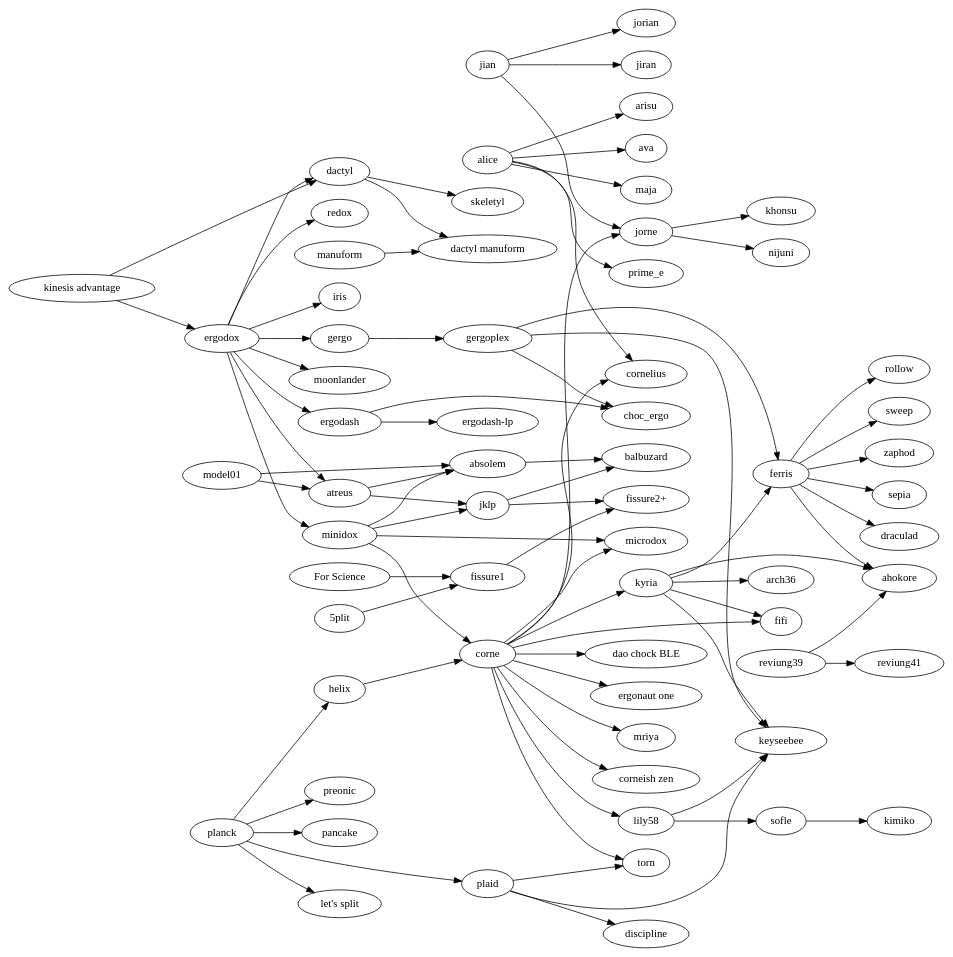
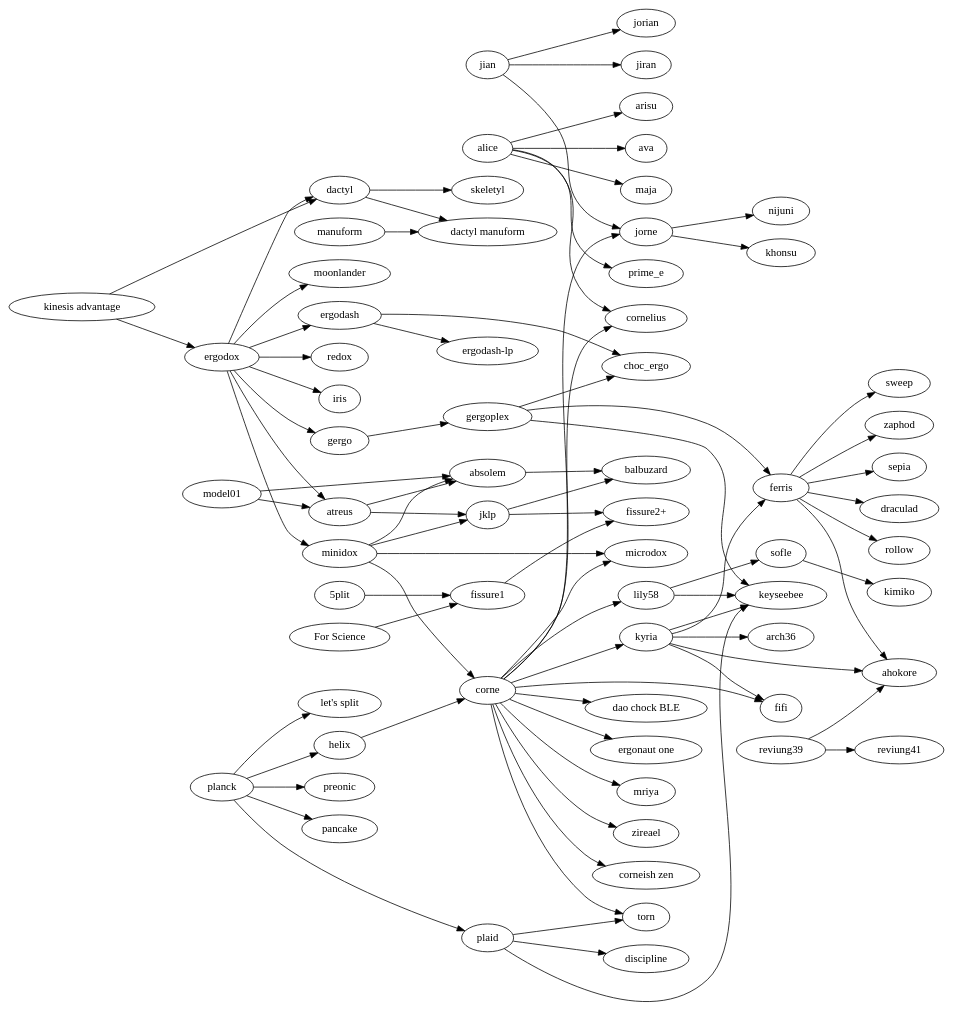
Before and after one commit to joric/graph: the diagram in tree.gv, drawn with Graphviz.

```diff
--- a/tree.gv
+++ b/tree.gv
@@ -1,148 +1,149 @@
 digraph {
   rankdir=LR;
 
   subgraph splits {
     helix -> corne;
 
     jian -> {
       jorian;
       jorne;
       jiran;
     }
 
     jorne -> {
       nijuni;
       khonsu;
     }
 
     corne -> {
       "corneish zen";
       cornelius;
       fifi;
       kyria;
       lily58;
       microdox;
       torn;
       jorne;
       "dao chock BLE";
       "ergonaut one";
       mriya;
+      zireael;
     };
 
     lily58 -> {
       keyseebee;
       sofle;
     };
 
     kyria -> {
         ahokore;
         arch36;
         ferris;
         fifi;
         keyseebee;
     };
 
     "kinesis advantage" -> {
       ergodox;
       dactyl;
     };
 
     ergodox -> {
       atreus;
       dactyl;
       ergodash;
       gergo;
       iris;
       minidox;
       moonlander;
       redox;
     };
 
     ergodash -> {
       "ergodash-lp";
       choc_ergo;
     };
 
     gergo -> gergoplex;
     gergoplex -> {
       choc_ergo;
       ferris;
       keyseebee;
     };
 
     ferris -> {
       ahokore;
       sepia;
       draculad;
       rollow;
       sweep;
       zaphod;
     };
 
     manuform -> "dactyl manuform";
 
     minidox -> {
       absolem;
       corne;
       microdox;
       jklp;
     };
 
     model01 -> {
       absolem;
       atreus;
     };
 
     sofle -> kimiko;
 
     "5plit" -> "fissure1";
     "For Science" -> "fissure1";
     fissure1 -> "fissure2+";
     jklp -> "fissure2+";
   }
 
   subgraph unibody {
     atreus -> {
       absolem;
       jklp;
     };
     jklp -> balbuzard;
     absolem -> balbuzard;
     reviung39 -> {
       ahokore;
       reviung41;
     };
   };
 
   subgraph ortholinear {
     plaid -> {
       discipline;
       keyseebee;
       torn;
     };
     planck -> {
       helix;
       "let's split";
       plaid;
       preonic;
       pancake;
     };
   }
 
   subgraph {
     dactyl -> {
       "dactyl manuform";
       skeletyl;
     }
   }
 
   subgraph alicefamily {
     alice -> {
       arisu;
       ava;
       cornelius;
       maja;
       prime_e;
     }
   }
 }
```
